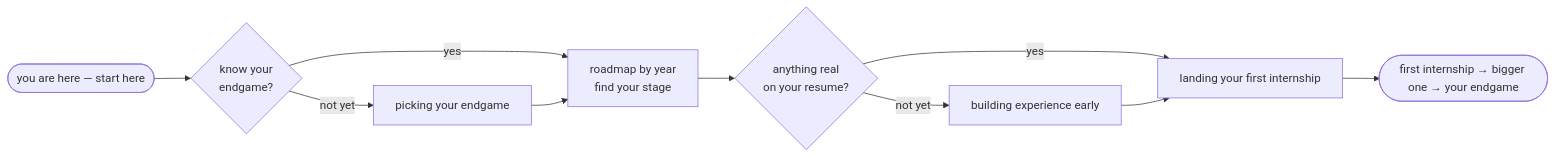
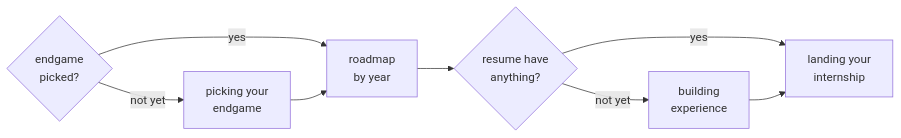
One commit to progsu-official/vault changed the diagram in zero-to-hero/getting-started.md. Above: the diagram before and after it, drawn with Mermaid. The commit also changed other lines of this file, not shown here.

Commit message:
feat(zero-to-hero): compact the navigation flowchart for horizontal layout

````diff
--- a/zero-to-hero/getting-started.md
+++ b/zero-to-hero/getting-started.md
@@ -21,17 +21,15 @@
 ```mermaid
 flowchart LR
-    S(["you are here — start here"]) --> Q1{"know your<br/>endgame?"}
-    Q1 -->|not yet| E["picking your endgame"]
-    Q1 -->|yes| Y["roadmap by year<br/>find your stage"]
+    Q1{"endgame<br/>picked?"} -->|not yet| E["picking your<br/>endgame"]
+    Q1 -->|yes| Y["roadmap<br/>by year"]
     E --> Y
-    Y --> R{"anything real<br/>on your resume?"}
-    R -->|not yet| B["building experience early"]
-    R -->|yes| L["landing your first internship"]
+    Y --> R{"resume have<br/>anything?"}
+    R -->|not yet| B["building<br/>experience"]
+    R -->|yes| L["landing your<br/>internship"]
     B --> L
-    L --> O(["first internship → bigger one → your endgame"])
 
     click E href "/guides/zero-to-hero/picking-your-endgame"
     click Y href "/guides/zero-to-hero/roadmap-by-year"
     click B href "/guides/zero-to-hero/building-experience-early"
     click L href "/guides/zero-to-hero/landing-your-first-internship"
 ```
````
